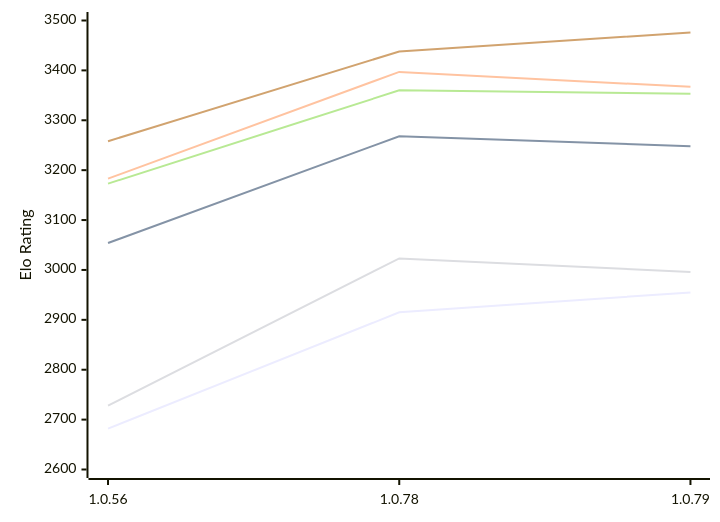
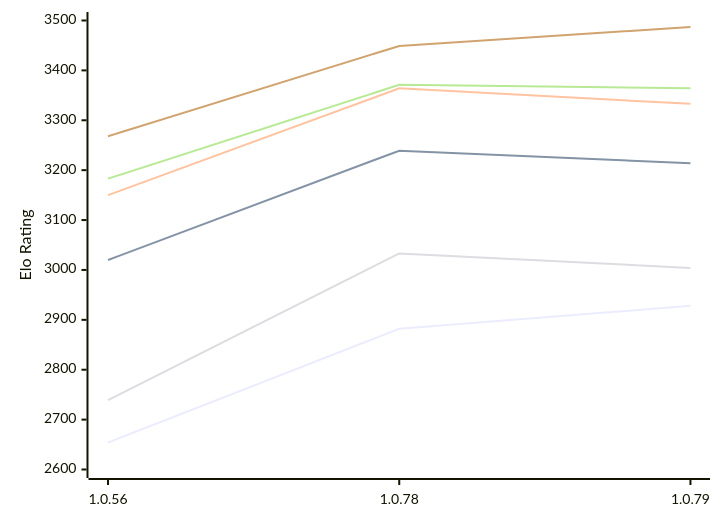
One commit to computer-chess-index/cci changed the first of 2 diagrams in engines/RustyRival.md. Above: the diagram before and after it, drawn with Mermaid. The commit also changed other lines of this file, not shown here.

Commit message:
Update CCI Ratings (ELO VLTC) - 2026-11-12

````diff
--- a/engines/RustyRival.md
+++ b/engines/RustyRival.md
@@ -65,12 +65,12 @@
 ```mermaid
 %%{init: {"theme":"base","themeVariables":{"seriesColors:['#a3a3a3','#222221','#faa371']}}}%%
 xychart-beta
   x-axis ["1.0.56", "1.0.78", "1.0.79"]
   y-axis "Elo Rating" 2600 --> 3500
-  line "E1: STC (8.0+0.08s)" [2682, 2915, 2955]
-  line "E1: LTC (60.0+0.60s)" [3054, 3268, 3248]
-  line "E1: VLTC (2m24s+1.12s)" [3183, 3397, 3367]
-  line "P1: STC (8.0+0.08s)" [2728, 3023, 2996]
-  line "P1: LTC (60.0+0.60s)" [3173, 3360, 3353]
-  line "P1: VLTC (2m24s+1.12s)" [3258, 3438, 3476]
+  line "E1: STC (8.0+0.08s)" [2654, 2882, 2928]
+  line "E1: LTC (60.0+0.60s)" [3020, 3239, 3214]
+  line "E1: VLTC (2m24s+1.12s)" [3150, 3364, 3333]
+  line "P1: STC (8.0+0.08s)" [2739, 3033, 3004]
+  line "P1: LTC (60.0+0.60s)" [3183, 3371, 3364]
+  line "P1: VLTC (2m24s+1.12s)" [3268, 3449, 3487]
 ```
````
